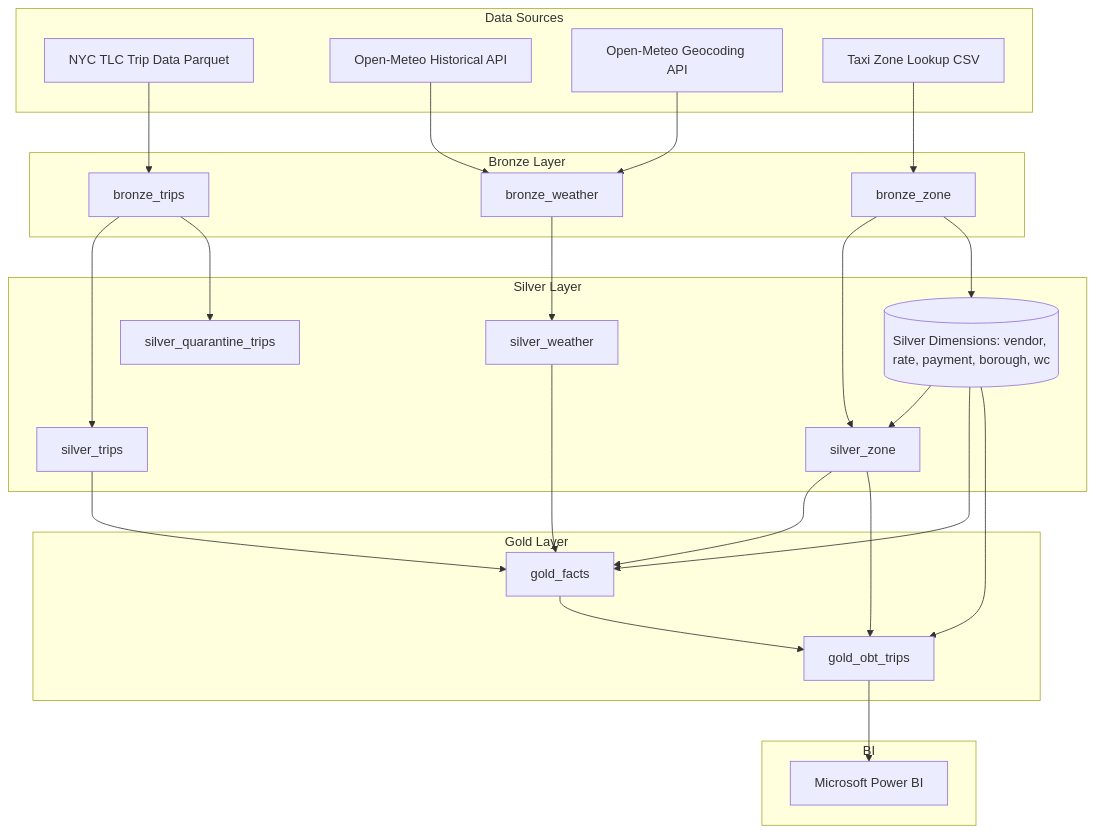
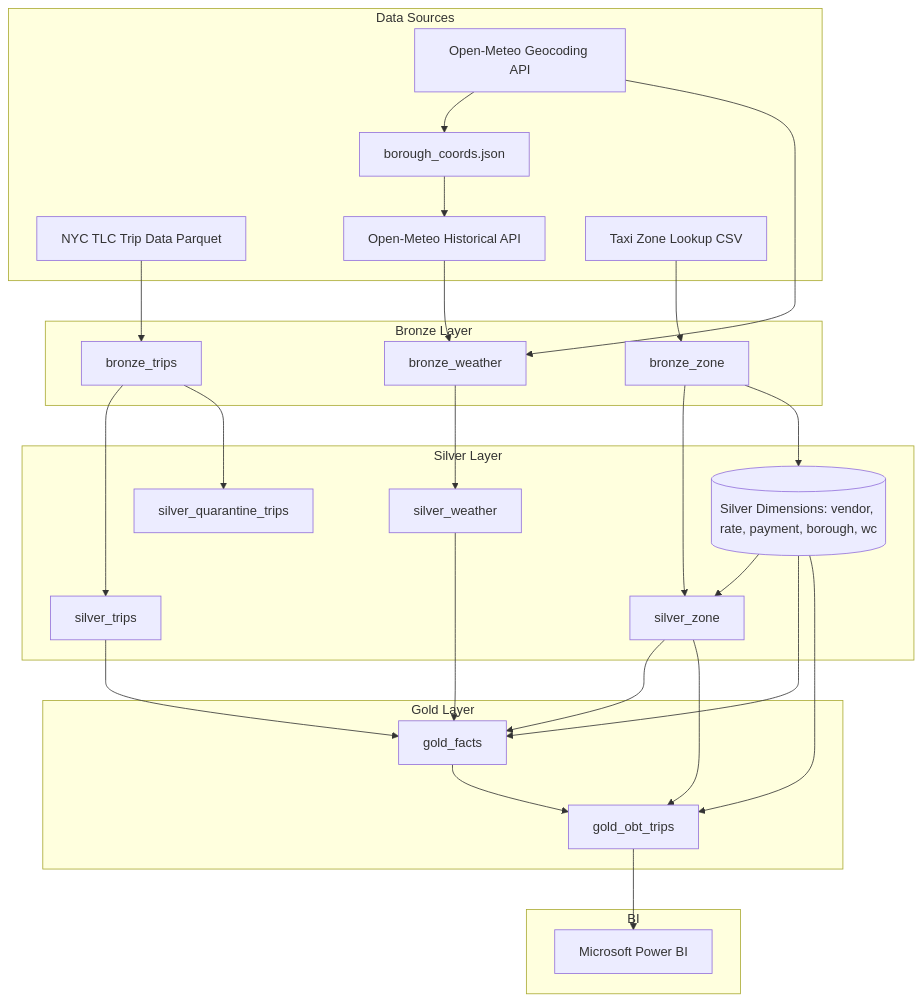
The first of 3 diagrams in README.md (Chirag-GH/taxi_weather_pipeline), drawn with Mermaid before and after one commit. The commit also changed other lines of this file and 1 other file, not shown here.

````diff
--- a/README.md
+++ b/README.md
@@ -21,56 +20,59 @@
 ```mermaid
 graph TD
     subgraph Data Sources
         TLC[NYC TLC Trip Data Parquet]
         OM[Open-Meteo Historical API]
         GEO[Open-Meteo Geocoding API]
         ZCSV[Taxi Zone Lookup CSV]
+        JSON_COORD[borough_coords.json]
+        
     end
 
     subgraph Bronze Layer
         BT[bronze_trips]
         BW[bronze_weather]
         BZ[bronze_zone]
     end
 
     subgraph Silver Layer
         ST[silver_trips]
         SQ[silver_quarantine_trips]
         SW[silver_weather]
         SZ[silver_zone]
         SDIMS[(Silver Dimensions: vendor, rate, payment, borough, wc)]
     end
 
     subgraph Gold Layer
         GF[gold_facts]
         GOBT[gold_obt_trips]
     end
 
     subgraph BI
         PBI[Microsoft Power BI]
     end
-
+    GEO --> JSON_COORD
+    JSON_COORD --> OM
     TLC --> BT
     OM --> BW
     GEO --> BW
     ZCSV --> BZ
 
     BT --> ST
     BT --> SQ
     BW --> SW
     BZ --> SZ
     BZ --> SDIMS
 
     ST --> GF
     SW --> GF
     SZ --> GF
     SDIMS --> SZ
     SDIMS --> GF
 
     GF --> GOBT
     SDIMS --> GOBT
     SZ --> GOBT
 
     GOBT --> PBI
 
 ```
````
